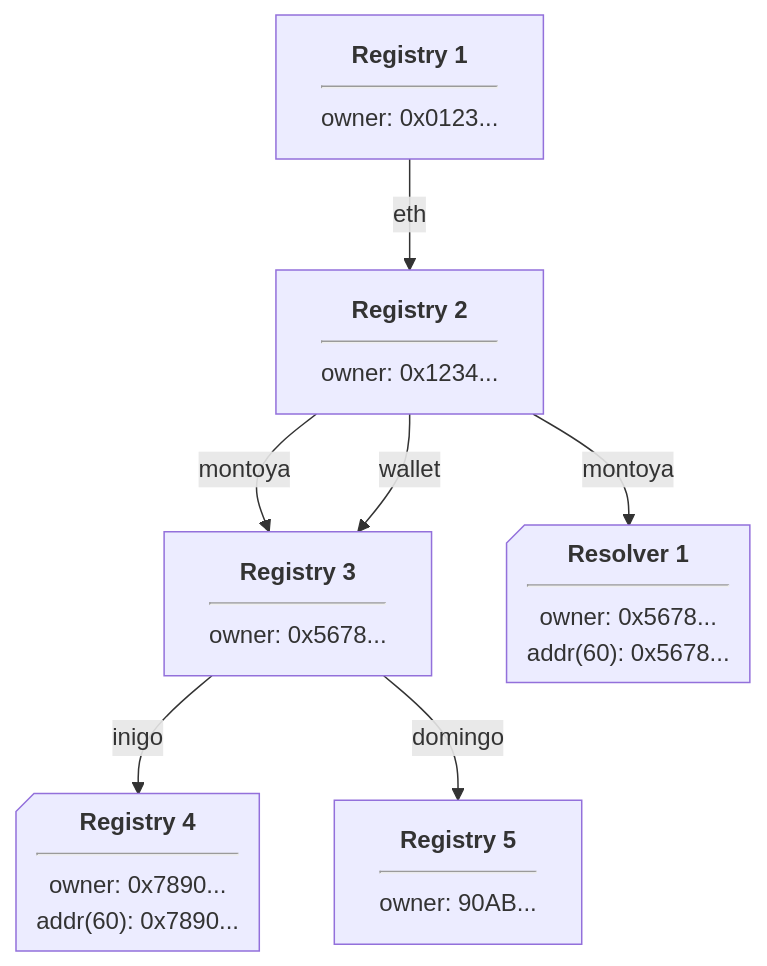
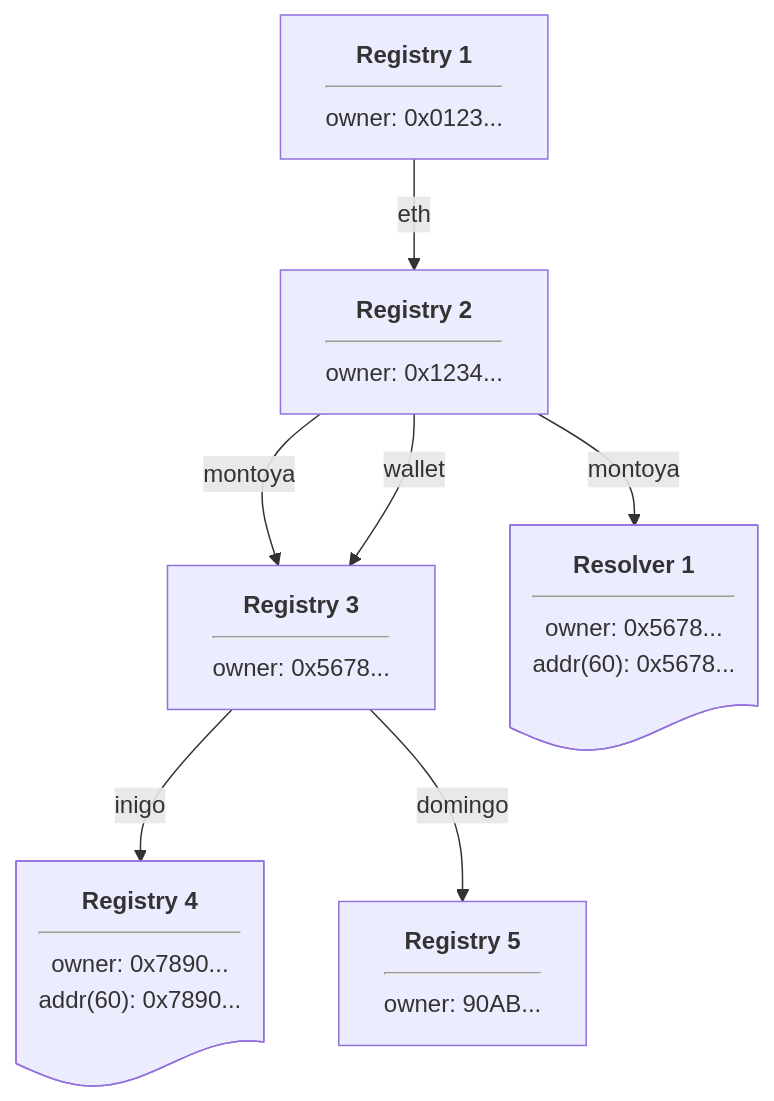
Before and after one commit to ensdomains/docs: the fourth of 8 diagrams in src/pages/contracts/ensv2/overview.mdx, drawn with Mermaid. The commit also changed other lines of this file, not shown here.

````diff
--- a/src/pages/contracts/ensv2/overview.mdx
+++ b/src/pages/contracts/ensv2/overview.mdx
@@ -138,15 +138,15 @@
 ```mermaid
 flowchart TB
     root@{label: "<b>Registry 1</b><hr>owner: 0x0123...</b>"}
     eth@{label: "<b>Registry 2</b><hr>owner: 0x1234..."}
     montoya@{label: "<b>Registry 3</b><hr>owner: 0x5678..."}
-    inigo@{label: "<b>Registry 4</b><hr>owner: 0x7890...<br>addr(60): 0x7890...", shape: notch-rect}
+    inigo@{label: "<b>Registry 4</b><hr>owner: 0x7890...<br>addr(60): 0x7890...", shape: doc}
     domingo@{label: "<b>Registry 5</b><hr>owner: 90AB..."}
-    montoyaResolver@{label: "<b>Resolver 1</b><hr>owner: 0x5678...<br>addr(60): 0x5678...", shape: notch-rect}
+    montoyaResolver@{label: "<b>Resolver 1</b><hr>owner: 0x5678...<br>addr(60): 0x5678...", shape: doc}
     root-- eth --> eth
     eth-- montoya --> montoya
     eth-- wallet --> montoya
     eth-- montoya --> montoyaResolver
     montoya-- inigo --> inigo
     montoya-- domingo --> domingo
 ```
````
